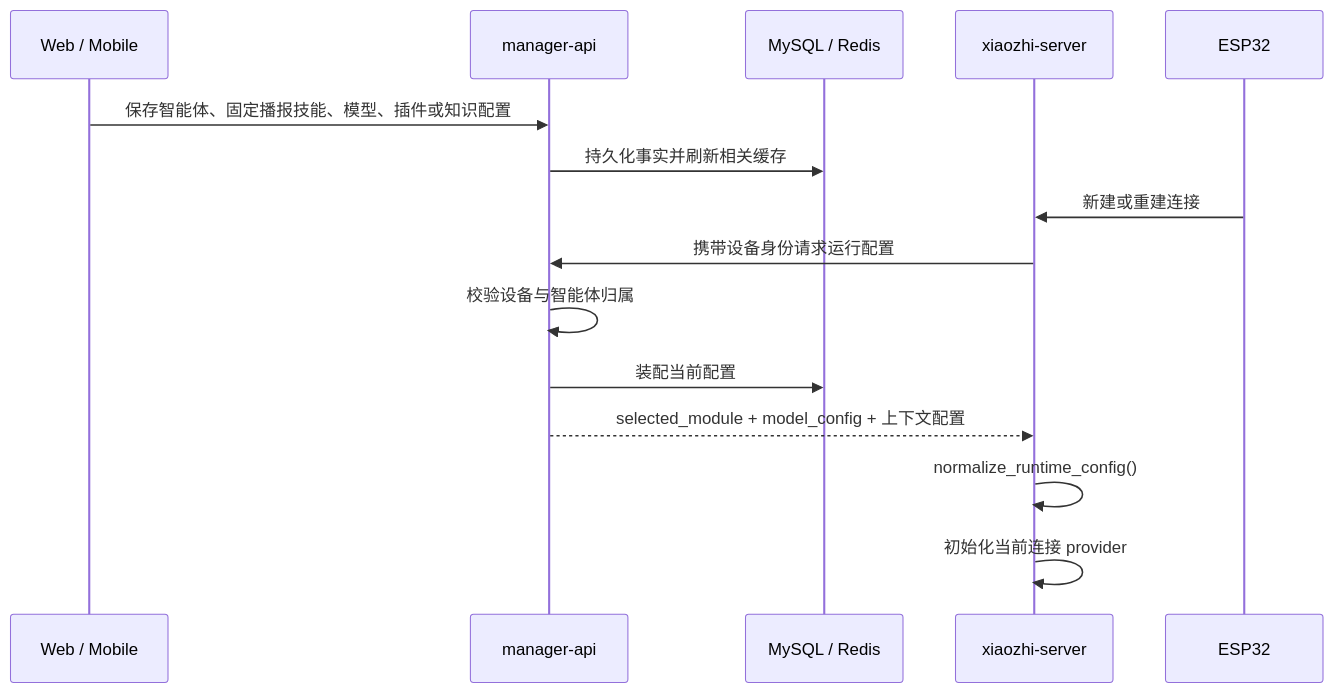
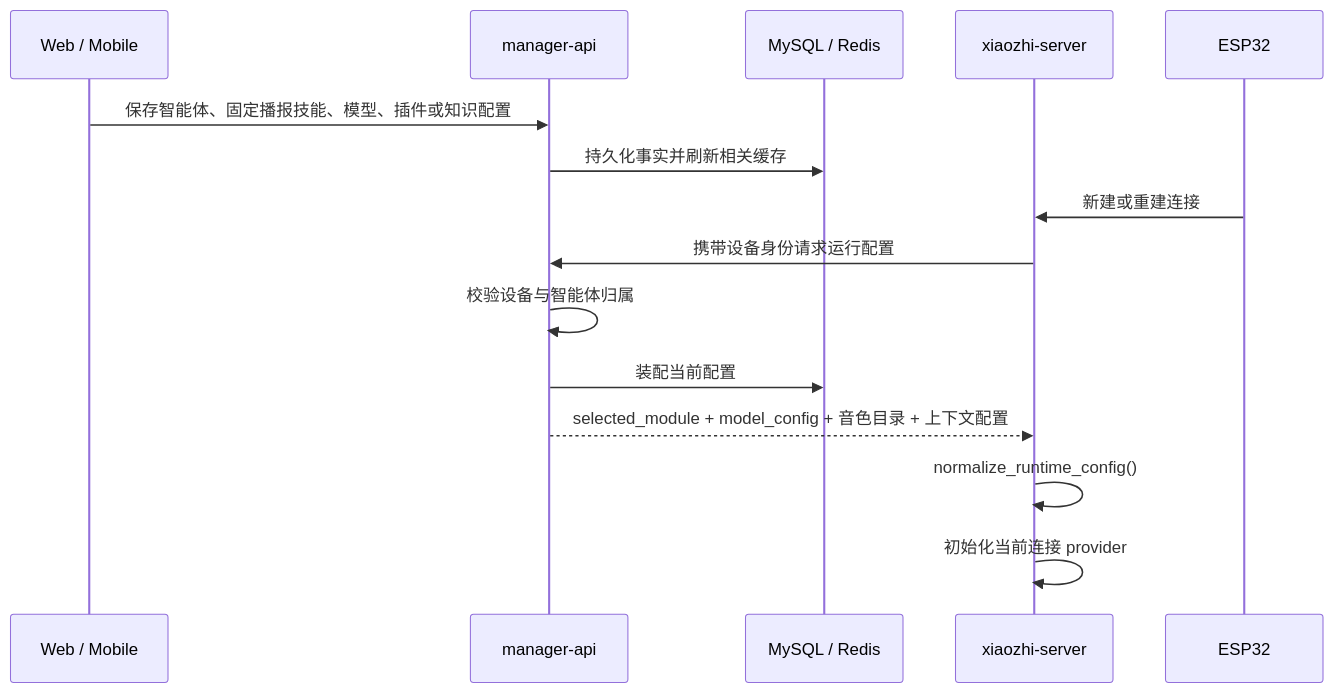
One commit to ruirui688/xiaozhiserver changed the second of 3 diagrams in docs/architecture/runtime-flows.md. Above: the diagram before and after it, drawn with Mermaid. The commit also changed other lines of this file and 66 other files, not shown here.

````diff
--- a/docs/architecture/runtime-flows.md
+++ b/docs/architecture/runtime-flows.md
@@ -51,17 +51,17 @@
 ```mermaid
 sequenceDiagram
     participant UI as Web / Mobile
     participant API as manager-api
     participant DB as MySQL / Redis
     participant PY as xiaozhi-server
     participant D as ESP32
     UI->>API: 保存智能体、固定播报技能、模型、插件或知识配置
     API->>DB: 持久化事实并刷新相关缓存
     D->>PY: 新建或重建连接
     PY->>API: 携带设备身份请求运行配置
     API->>API: 校验设备与智能体归属
     API->>DB: 装配当前配置
-    API-->>PY: selected_module + model_config + 上下文配置
+    API-->>PY: selected_module + model_config + 音色目录 + 上下文配置
     PY->>PY: normalize_runtime_config()
     PY->>PY: 初始化当前连接 provider
 ```
````
